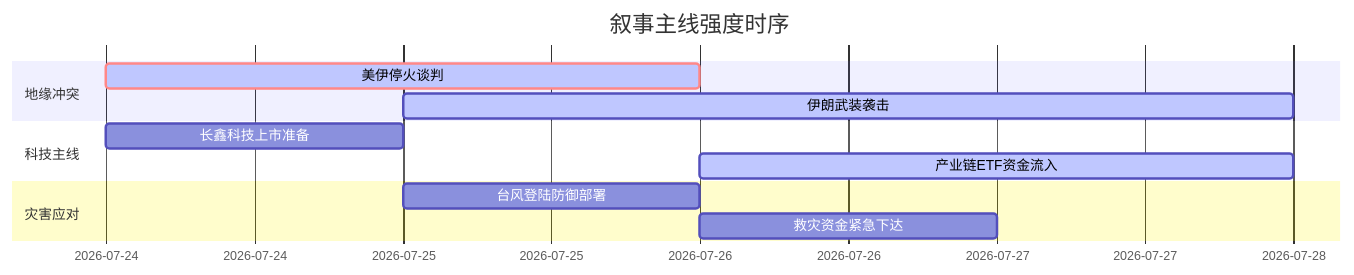
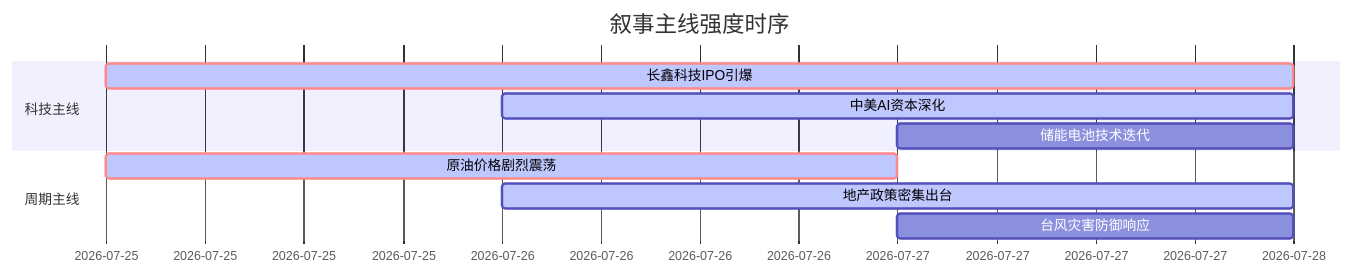
Before and after one commit to uu5zn/uu5zn.github.io: the diagram in 5day_report.md, drawn with Mermaid. The commit also changed other lines of this file and 19 other files, not shown here.

````diff
--- a/5day_report.md
+++ b/5day_report.md
@@ -58,16 +55,14 @@
 ```mermaid
 gantt
     title 叙事主线强度时序
     dateFormat  YYYY-MM-DD
-    section 地缘冲突
-    美伊停火谈判   :crit, active, 2026-07-24, 2d
-    伊朗武装袭击   :active, 2026-07-25, 3d
+    section 科技主线
+    长鑫科技IPO引爆   :crit, active, 2026-07-25, 3d
+    中美AI资本深化   :active, 2026-07-26, 2d
+    储能电池技术迭代   :2026-07-27, 1d
     
-    section 科技主线
-    长鑫科技上市准备   :2026-07-24, 1d
-    产业链ETF资金流入   :active, 2026-07-26, 2d
-    
-    section 灾害应对
-    台风登陆防御部署   :2026-07-25, 1d
-    救灾资金紧急下达   :2026-07-26, 1d
+    section 周期主线
+    原油价格剧烈震荡   :crit, active, 2026-07-25, 2d
+    地产政策密集出台   :active, 2026-07-26, 2d
+    台风灾害防御响应   :2026-07-27, 1d
 ```
````
